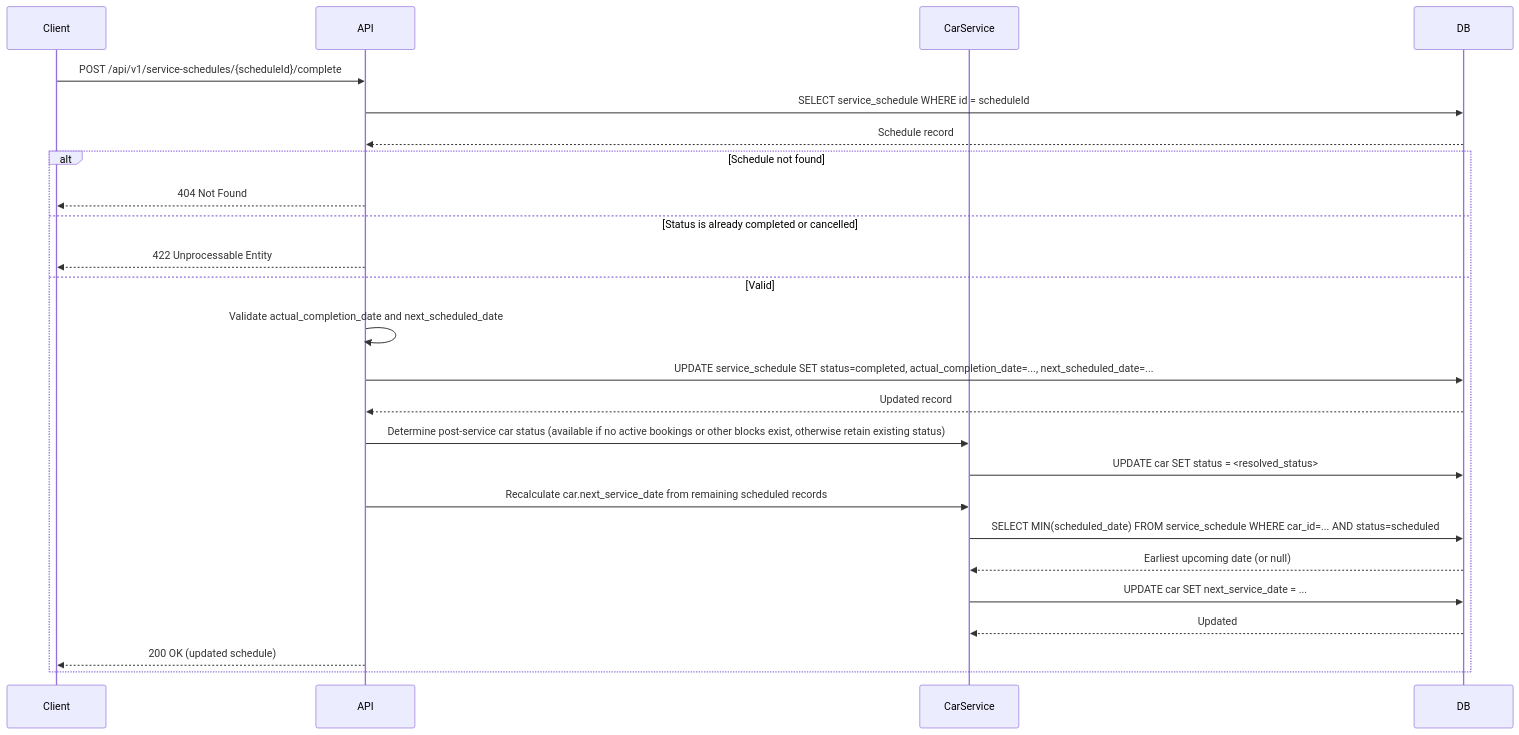
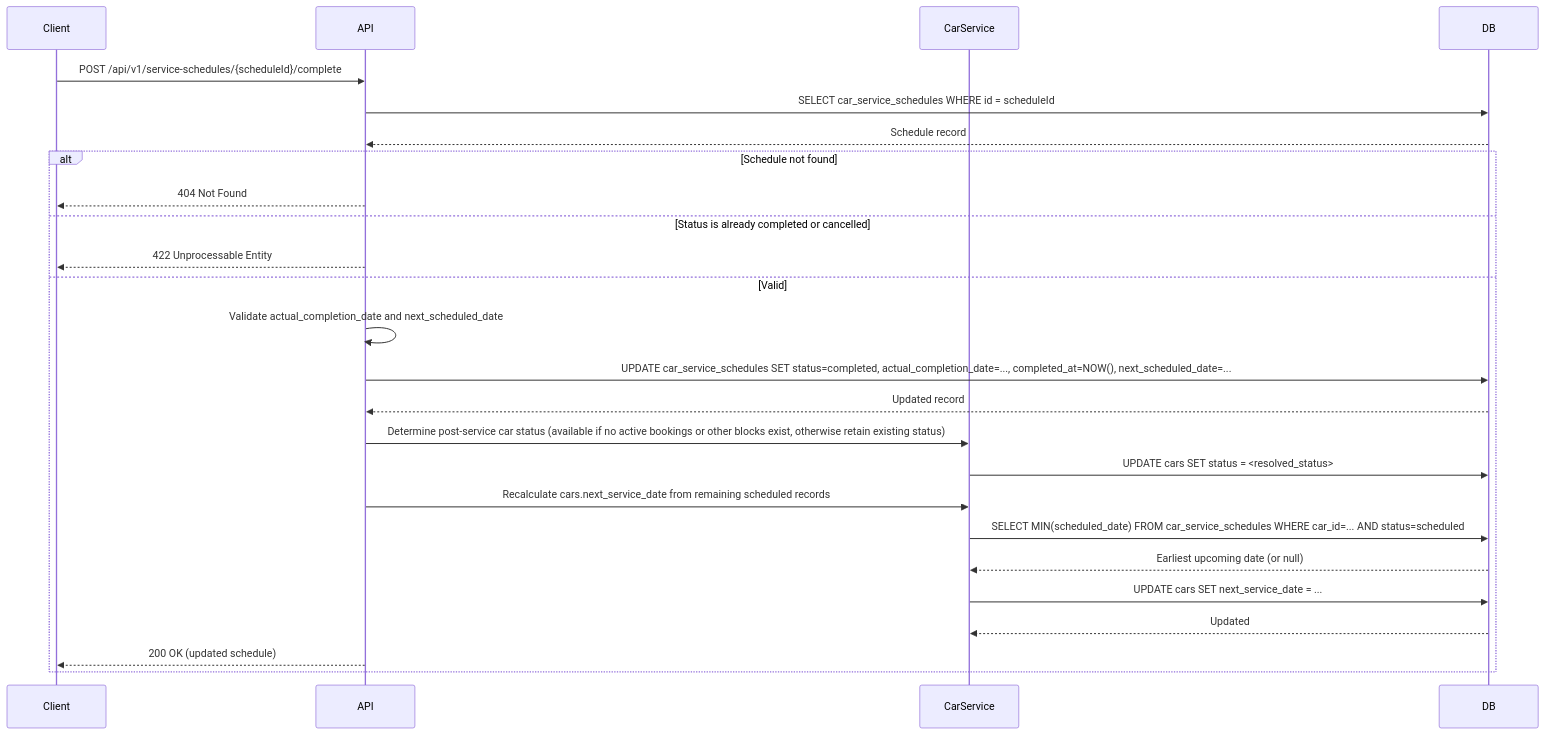
One commit to RavishankarDuMCA10/ai-sdlc changed the second of 3 diagrams in docs/trd/trd-car-management-service-maintenance.md. Above: the diagram before and after it, drawn with Mermaid. The commit also changed other lines of this file and 1 other file, not shown here.

Commit message:
Align database design and TRD with consolidated car management schema

````diff
--- a/docs/trd/trd-car-management-service-maintenance.md
+++ b/docs/trd/trd-car-management-service-maintenance.md
@@ -313,29 +311,29 @@
 ```mermaid
 sequenceDiagram
     participant Client
     participant API
     participant CarService
     participant DB
 
     Client->>API: POST /api/v1/service-schedules/{scheduleId}/complete
-    API->>DB: SELECT service_schedule WHERE id = scheduleId
+    API->>DB: SELECT car_service_schedules WHERE id = scheduleId
     DB-->>API: Schedule record
 
     alt Schedule not found
         API-->>Client: 404 Not Found
     else Status is already completed or cancelled
         API-->>Client: 422 Unprocessable Entity
     else Valid
         API->>API: Validate actual_completion_date and next_scheduled_date
-        API->>DB: UPDATE service_schedule SET status=completed, actual_completion_date=..., next_scheduled_date=...
+        API->>DB: UPDATE car_service_schedules SET status=completed, actual_completion_date=..., completed_at=NOW(), next_scheduled_date=...
         DB-->>API: Updated record
         API->>CarService: Determine post-service car status (available if no active bookings or other blocks exist, otherwise retain existing status)
-        CarService->>DB: UPDATE car SET status = <resolved_status>
-        API->>CarService: Recalculate car.next_service_date from remaining scheduled records
-        CarService->>DB: SELECT MIN(scheduled_date) FROM service_schedule WHERE car_id=... AND status=scheduled
+        CarService->>DB: UPDATE cars SET status = <resolved_status>
+        API->>CarService: Recalculate cars.next_service_date from remaining scheduled records
+        CarService->>DB: SELECT MIN(scheduled_date) FROM car_service_schedules WHERE car_id=... AND status=scheduled
         DB-->>CarService: Earliest upcoming date (or null)
-        CarService->>DB: UPDATE car SET next_service_date = ...
+        CarService->>DB: UPDATE cars SET next_service_date = ...
         DB-->>CarService: Updated
         API-->>Client: 200 OK (updated schedule)
     end
 ```
````
